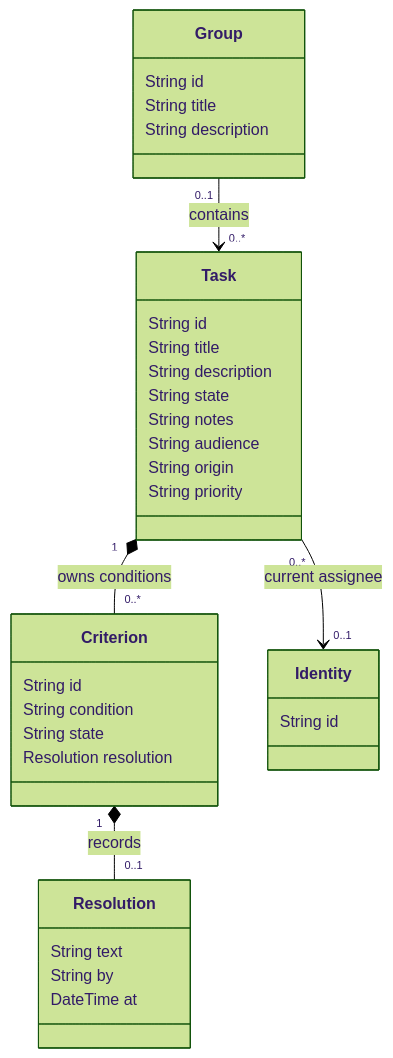
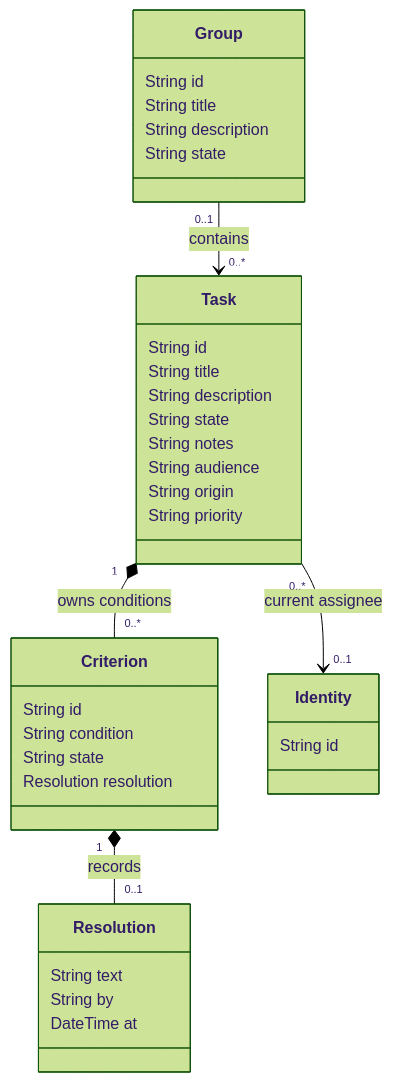
The second of 5 diagrams in docs/prd/work-coordination.md (codethread/botlake), drawn with Mermaid (forest theme) before and after one commit. The commit also changed other lines of this file and 102 other files, not shown here.

````diff
--- a/docs/prd/work-coordination.md
+++ b/docs/prd/work-coordination.md
@@ -102,36 +102,37 @@
 ```mermaid
 classDiagram
   class Group {
     String id
     String title
     String description
+    String state
   }
   class Task {
     String id
     String title
     String description
     String state
     String notes
     String audience
     String origin
     String priority
   }
   class Criterion {
     String id
     String condition
     String state
     Resolution resolution
   }
   class Resolution {
     String text
     String by
     DateTime at
   }
   class Identity {
     String id
   }
   Group "0..1" --> "0..*" Task : contains
   Task "1" *-- "0..*" Criterion : owns conditions
   Criterion "1" *-- "0..1" Resolution : records
   Task "0..*" --> "0..1" Identity : current assignee
 ```
````
